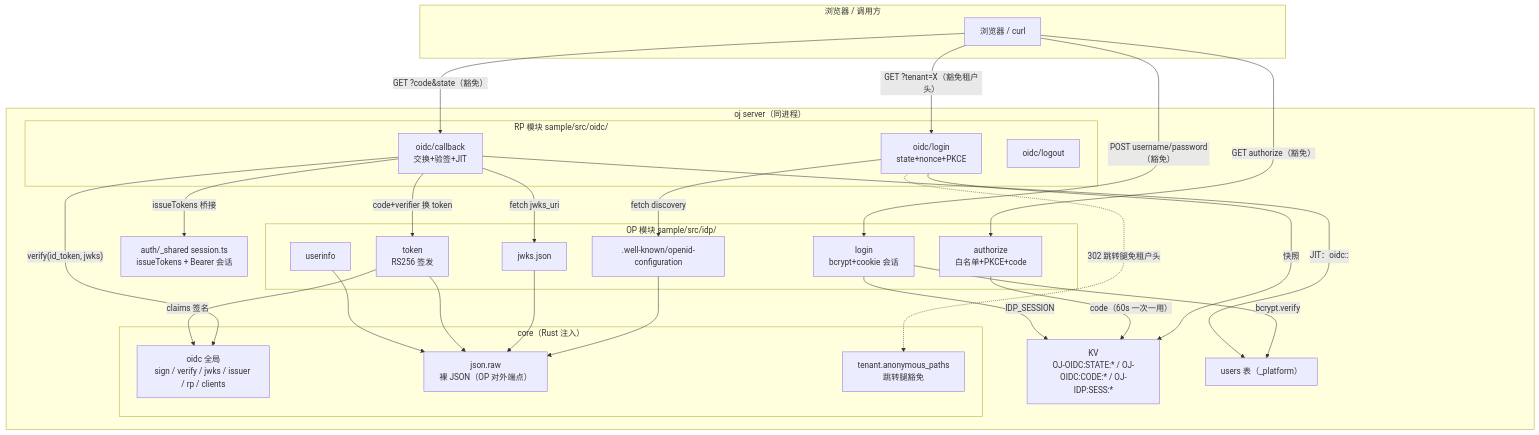
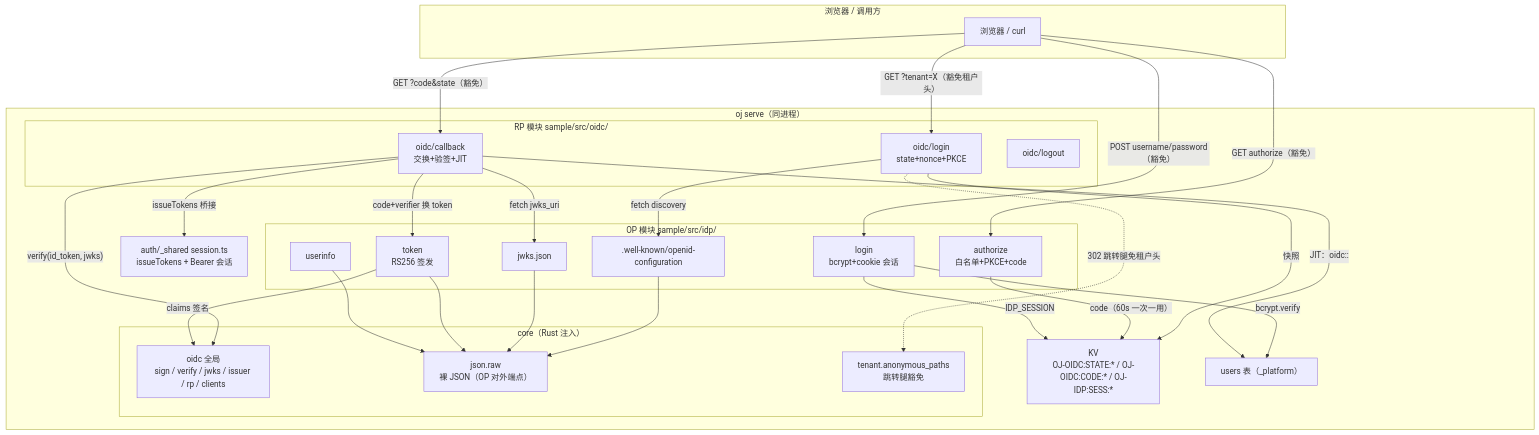
The first of 3 diagrams in docs/oidc-implementation.md (everpan/oj-bin), drawn with Mermaid before and after one commit. The commit also changed 27 other files, not shown here.

First line of the commit message:
v0.1.31: server 子命令重命名为 serve

````diff
--- a/docs/oidc-implementation.md
+++ b/docs/oidc-implementation.md
@@ -18,51 +18,51 @@
 ```mermaid
 flowchart TD
     subgraph Client["浏览器 / 调用方"]
         UA["浏览器 / curl"]
     end
 
-    subgraph Server["oj server（同进程）"]
+    subgraph Server["oj serve（同进程）"]
         subgraph RP["RP 模块 sample/src/oidc/"]
             LOGIN["oidc/login<br/>state+nonce+PKCE"]
             CB["oidc/callback<br/>交换+验签+JIT"]
             LO["oidc/logout"]
         end
         subgraph OP["OP 模块 sample/src/idp/"]
             DISC[".well-known/openid-configuration"]
             JWKS["jwks.json"]
             AUTHZ["authorize<br/>白名单+PKCE+code"]
             ILOGIN["login<br/>bcrypt+cookie 会话"]
             TOK["token<br/>RS256 签发"]
             UI["userinfo"]
         end
         subgraph Core["core（Rust 注入）"]
             OIDCG["oidc 全局<br/>sign / verify / jwks / issuer / rp / clients"]
             RAW["json.raw<br/>裸 JSON（OP 对外端点）"]
             EXEMPT["tenant.anonymous_paths<br/>跳转腿豁免"]
         end
         KV["KV<br/>OJ-OIDC:STATE:* / OJ-OIDC:CODE:* / OJ-IDP:SESS:*"]
         USERS["users 表（_platform）"]
         SESSION["auth/_shared session.ts<br/>issueTokens + Bearer 会话"]
     end
 
     UA -->|"GET ?tenant=X（豁免租户头）"| LOGIN
     UA -->|"GET ?code&state（豁免）"| CB
     UA -->|"POST username/password（豁免）"| ILOGIN
     UA -->|"GET authorize（豁免）"| AUTHZ
     LOGIN -->|"fetch discovery"| DISC
     LOGIN -->|"快照"| KV
     AUTHZ -->|"code（60s 一次一用）"| KV
     ILOGIN -->|"bcrypt.verify"| USERS
     ILOGIN -->|"IDP_SESSION"| KV
     CB -->|"code+verifier 换 token"| TOK
     CB -->|"fetch jwks_uri"| JWKS
     CB -->|"verify(id_token, jwks)"| OIDCG
     CB -->|"JIT：oidc:<tenant>:<sub>"| USERS
     CB -->|"issueTokens 桥接"| SESSION
     TOK -->|"claims 签名"| OIDCG
     DISC --> RAW
     JWKS --> RAW
     TOK --> RAW
     UI --> RAW
     LOGIN -.->|"302 跳转腿免租户头"| EXEMPT
 ```
````
